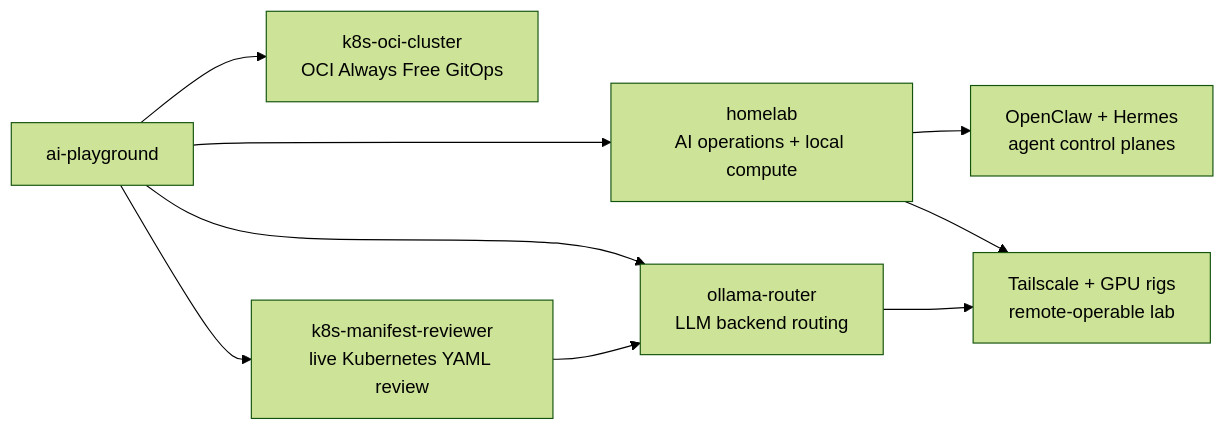
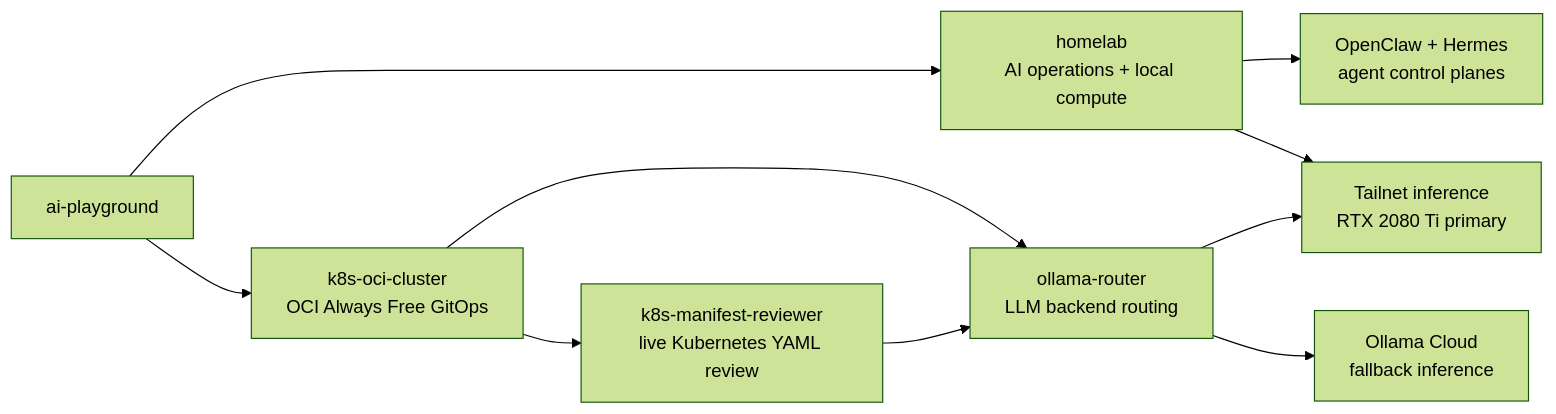
The diagram in README.md (maslankalm/ai-playground), drawn with Mermaid (forest theme) before and after one commit. The commit also changed other lines of this file and 8 other files, not shown here.

````diff
--- a/README.md
+++ b/README.md
@@ -15,20 +15,22 @@
 ```mermaid
 flowchart LR
     REPO["ai-playground"]
     HOMELAB["homelab<br/>AI operations + local compute"]
     K8S["k8s-oci-cluster<br/>OCI Always Free GitOps"]
     REVIEWER["k8s-manifest-reviewer<br/>live Kubernetes YAML review"]
     ROUTER["ollama-router<br/>LLM backend routing"]
+    CLOUDLLM["Ollama Cloud<br/>fallback inference"]
 
     AGENTS["OpenClaw + Hermes<br/>agent control planes"]
-    LAB["Tailscale + GPU rigs<br/>remote-operable lab"]
+    LAB["Tailnet inference<br/>RTX 2080 Ti primary"]
 
     REPO --> HOMELAB
     REPO --> K8S
-    REPO --> REVIEWER
-    REPO --> ROUTER
+    K8S --> REVIEWER
+    K8S --> ROUTER
     HOMELAB --> AGENTS
     HOMELAB --> LAB
     REVIEWER --> ROUTER
     ROUTER --> LAB
+    ROUTER --> CLOUDLLM
 ```
````
